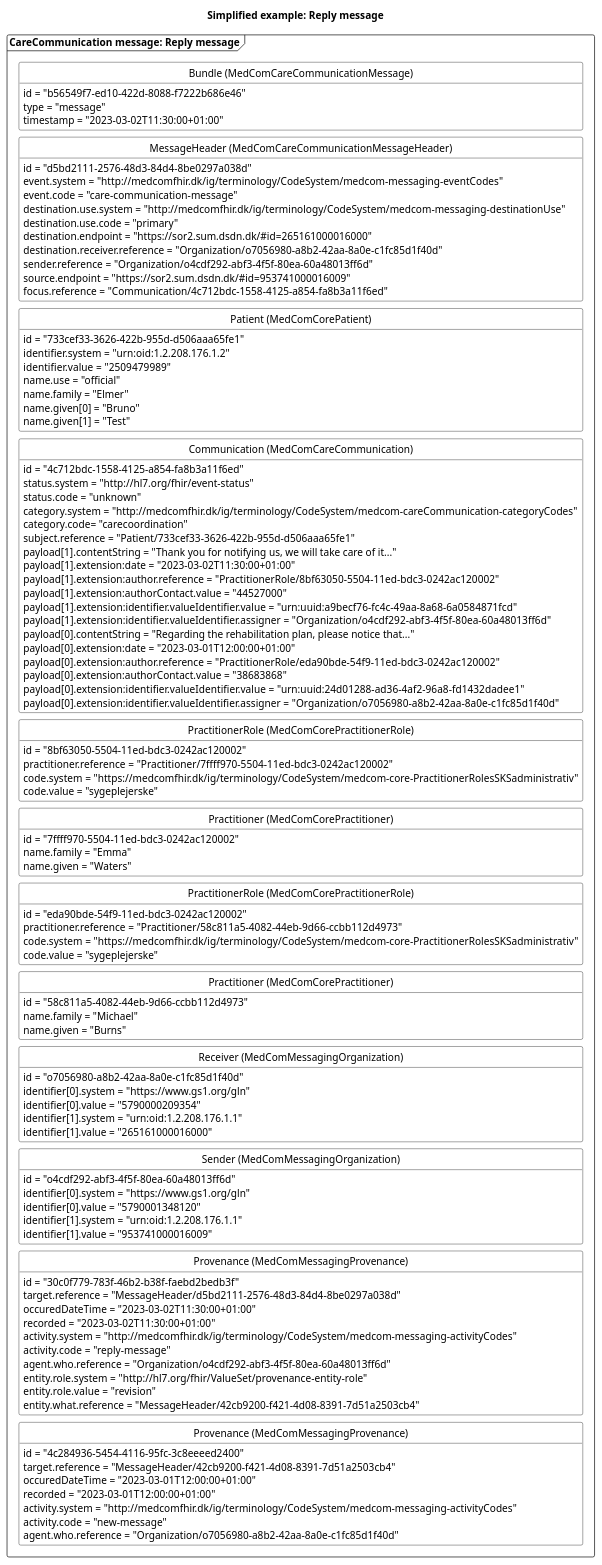
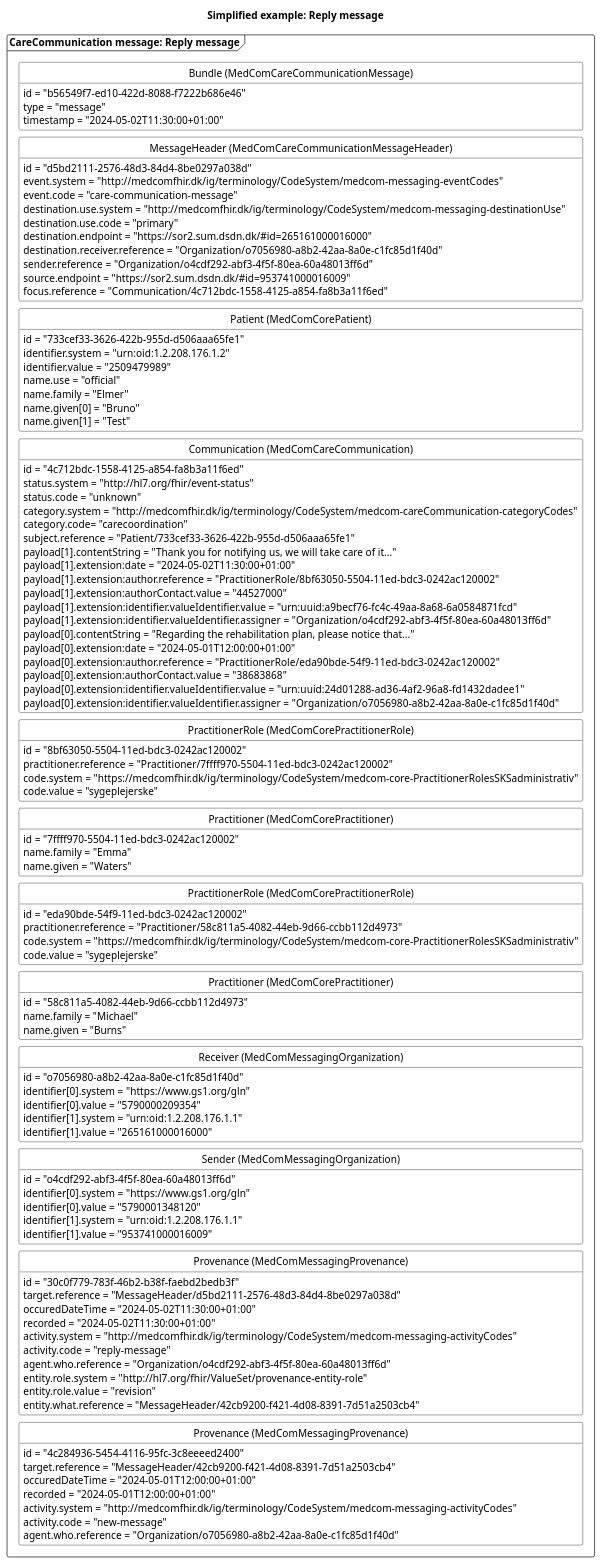
The diagram in puml/CareCommunicationReplyMessage.puml (medcomdk/dk-medcom-carecommunication), drawn with PlantUML before and after one commit. The commit also changed 20 other files, not shown here.

```diff
--- a/puml/CareCommunicationReplyMessage.puml
+++ b/puml/CareCommunicationReplyMessage.puml
@@ -1,137 +1,137 @@
 @startuml CCreplyMessage
 
 'layout
 skinparam class {
     BackgroundColor White
     BorderColor Black
     ArrowColor Black
   }
 hide circle
 hide empty members
 skinparam SameClassWidth true
 skinparam Ranksep 10
 
 
 'title
 title Simplified example: Reply message
 
 'Message 1: reply message
 package "CareCommunication message: Reply message" as reply <<Frame>>{
     class "Bundle (MedComCareCommunicationMessage)" as replyB {
         id = "b56549f7-ed10-422d-8088-f7222b686e46"
         type = "message"
-        timestamp = "2023-03-02T11:30:00+01:00"
+        timestamp = "2024-05-02T11:30:00+01:00"
     }
     class "MessageHeader (MedComCareCommunicationMessageHeader)" as replyMH{
         id = "d5bd2111-2576-48d3-84d4-8be0297a038d"
         event.system = "http://medcomfhir.dk/ig/terminology/CodeSystem/medcom-messaging-eventCodes"
         event.code = "care-communication-message"
         destination.use.system = "http://medcomfhir.dk/ig/terminology/CodeSystem/medcom-messaging-destinationUse"
         destination.use.code = "primary"
         destination.endpoint = "https://sor2.sum.dsdn.dk/#id=265161000016000"
         destination.receiver.reference = "Organization/o7056980-a8b2-42aa-8a0e-c1fc85d1f40d"
         sender.reference = "Organization/o4cdf292-abf3-4f5f-80ea-60a48013ff6d"
         source.endpoint = "https://sor2.sum.dsdn.dk/#id=953741000016009"
         focus.reference = "Communication/4c712bdc-1558-4125-a854-fa8b3a11f6ed"
     }
     class "Patient (MedComCorePatient)" as replyPT{
         id = "733cef33-3626-422b-955d-d506aaa65fe1"
         identifier.system = "urn:oid:1.2.208.176.1.2"
         identifier.value = "2509479989"
         name.use = "official"
         name.family = "Elmer"
         name.given[0] = "Bruno"
         name.given[1] = "Test"
     }
     class "Communication (MedComCareCommunication)" as replyCom{
         id = "4c712bdc-1558-4125-a854-fa8b3a11f6ed"
         status.system = "http://hl7.org/fhir/event-status" 
         status.code = "unknown"
         category.system = "http://medcomfhir.dk/ig/terminology/CodeSystem/medcom-careCommunication-categoryCodes"
         category.code= "carecoordination"
         subject.reference = "Patient/733cef33-3626-422b-955d-d506aaa65fe1"
         payload[1].contentString = "Thank you for notifying us, we will take care of it..."
-        payload[1].extension:date = "2023-03-02T11:30:00+01:00"
+        payload[1].extension:date = "2024-05-02T11:30:00+01:00"
         payload[1].extension:author.reference = "PractitionerRole/8bf63050-5504-11ed-bdc3-0242ac120002"
         payload[1].extension:authorContact.value = "44527000"
         payload[1].extension:identifier.valueIdentifier.value = "urn:uuid:a9becf76-fc4c-49aa-8a68-6a0584871fcd"
         payload[1].extension:identifier.valueIdentifier.assigner = "Organization/o4cdf292-abf3-4f5f-80ea-60a48013ff6d"
         payload[0].contentString = "Regarding the rehabilitation plan, please notice that..."
-        payload[0].extension:date = "2023-03-01T12:00:00+01:00"
+        payload[0].extension:date = "2024-05-01T12:00:00+01:00"
         payload[0].extension:author.reference = "PractitionerRole/eda90bde-54f9-11ed-bdc3-0242ac120002"
         payload[0].extension:authorContact.value = "38683868"
         payload[0].extension:identifier.valueIdentifier.value = "urn:uuid:24d01288-ad36-4af2-96a8-fd1432dadee1"
         payload[0].extension:identifier.valueIdentifier.assigner = "Organization/o7056980-a8b2-42aa-8a0e-c1fc85d1f40d"
     } 
     class "PractitionerRole (MedComCorePractitionerRole)" as replyPracR{
         id = "8bf63050-5504-11ed-bdc3-0242ac120002"
         practitioner.reference = "Practitioner/7ffff970-5504-11ed-bdc3-0242ac120002"
         code.system = "https://medcomfhir.dk/ig/terminology/CodeSystem/medcom-core-PractitionerRolesSKSadministrativ"
         code.value = "sygeplejerske"
     }
     class "Practitioner (MedComCorePractitioner)" as replyPrac{
         id = "7ffff970-5504-11ed-bdc3-0242ac120002"
         name.family = "Emma"
         name.given = "Waters"
     }
     class "PractitionerRole (MedComCorePractitionerRole)" as newPracR{
         id = "eda90bde-54f9-11ed-bdc3-0242ac120002"
         practitioner.reference = "Practitioner/58c811a5-4082-44eb-9d66-ccbb112d4973"
         code.system = "https://medcomfhir.dk/ig/terminology/CodeSystem/medcom-core-PractitionerRolesSKSadministrativ"
         code.value = "sygeplejerske"
     }
     class "Practitioner (MedComCorePractitioner)" as newPrac{
         id = "58c811a5-4082-44eb-9d66-ccbb112d4973"
         name.family = "Michael"
         name.given = "Burns"
     }
     class "Sender (MedComMessagingOrganization)" as replySOrg{
         id = "o4cdf292-abf3-4f5f-80ea-60a48013ff6d"
         identifier[0].system = "https://www.gs1.org/gln"
         identifier[0].value = "5790001348120"
         identifier[1].system = "urn:oid:1.2.208.176.1.1"
         identifier[1].value = "953741000016009"
     }
     class "Receiver (MedComMessagingOrganization)" as replyROrg{
         id = "o7056980-a8b2-42aa-8a0e-c1fc85d1f40d"
         identifier[0].system = "https://www.gs1.org/gln"
         identifier[0].value = "5790000209354"
         identifier[1].system = "urn:oid:1.2.208.176.1.1"
         identifier[1].value = "265161000016000"
     }
     class "Provenance (MedComMessagingProvenance)" as replyPRO{
         id = "30c0f779-783f-46b2-b38f-faebd2bedb3f"
         target.reference = "MessageHeader/d5bd2111-2576-48d3-84d4-8be0297a038d"
-        occuredDateTime = "2023-03-02T11:30:00+01:00"
-        recorded = "2023-03-02T11:30:00+01:00"
+        occuredDateTime = "2024-05-02T11:30:00+01:00"
+        recorded = "2024-05-02T11:30:00+01:00"
         activity.system = "http://medcomfhir.dk/ig/terminology/CodeSystem/medcom-messaging-activityCodes"
         activity.code = "reply-message"
         agent.who.reference = "Organization/o4cdf292-abf3-4f5f-80ea-60a48013ff6d"
         entity.role.system = "http://hl7.org/fhir/ValueSet/provenance-entity-role"
         entity.role.value = "revision"
         entity.what.reference = "MessageHeader/42cb9200-f421-4d08-8391-7d51a2503cb4"
     }
     class "Provenance (MedComMessagingProvenance)" as newPRO{
         id = "4c284936-5454-4116-95fc-3c8eeeed2400"
         target.reference = "MessageHeader/42cb9200-f421-4d08-8391-7d51a2503cb4"
-        occuredDateTime = "2023-03-01T12:00:00+01:00"
-        recorded = "2023-03-01T12:00:00+01:00"
+        occuredDateTime = "2024-05-01T12:00:00+01:00"
+        recorded = "2024-05-01T12:00:00+01:00"
         activity.system = "http://medcomfhir.dk/ig/terminology/CodeSystem/medcom-messaging-activityCodes"
         activity.code = "new-message"
         agent.who.reference = "Organization/o7056980-a8b2-42aa-8a0e-c1fc85d1f40d"
     }
 
 replyB -[hidden]- replyMH
 replyMH -[hidden]-replyPT
 replyPT-[hidden]-replyCom
 replyCom -[hidden]-replyPracR
 replyPracR-[hidden]-replyPrac
 replyPrac-[hidden]-newPracR
 newPracR-[hidden]-newPrac
 newPrac-[hidden]-replyROrg
 replyROrg-[hidden]- replySOrg
 replySOrg-[hidden]-replyPRO
 replyPRO-[hidden]-newPRO
 
 
 @enduml
```
